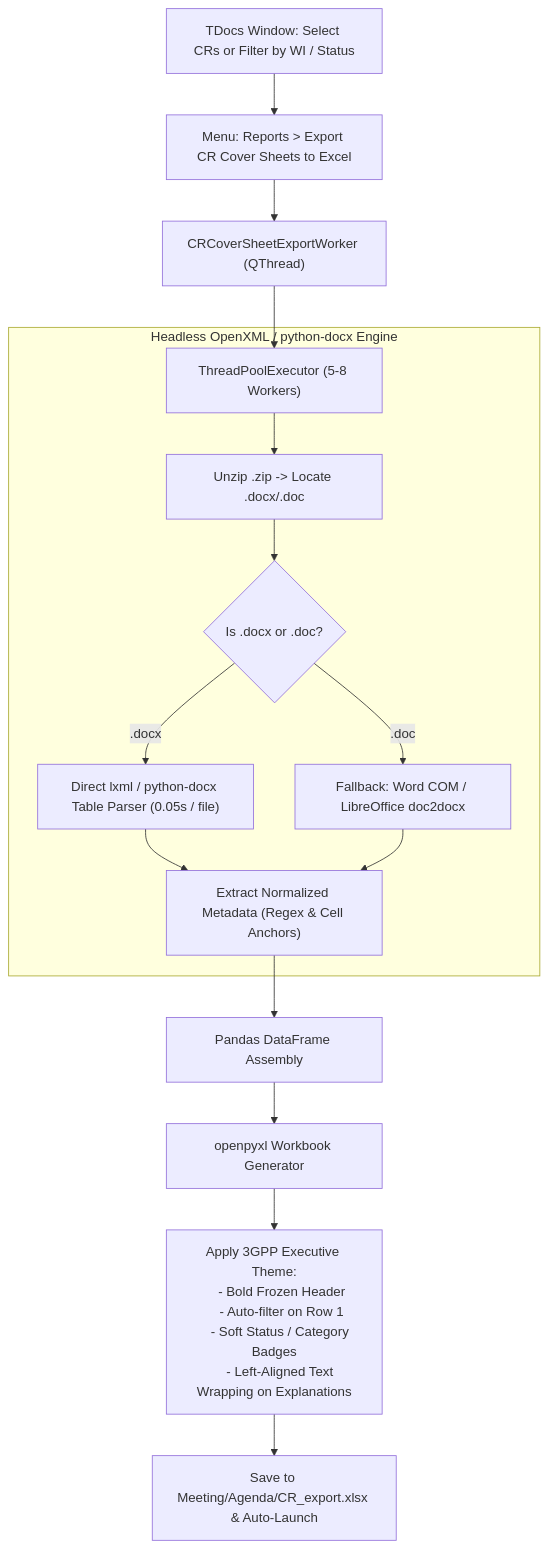
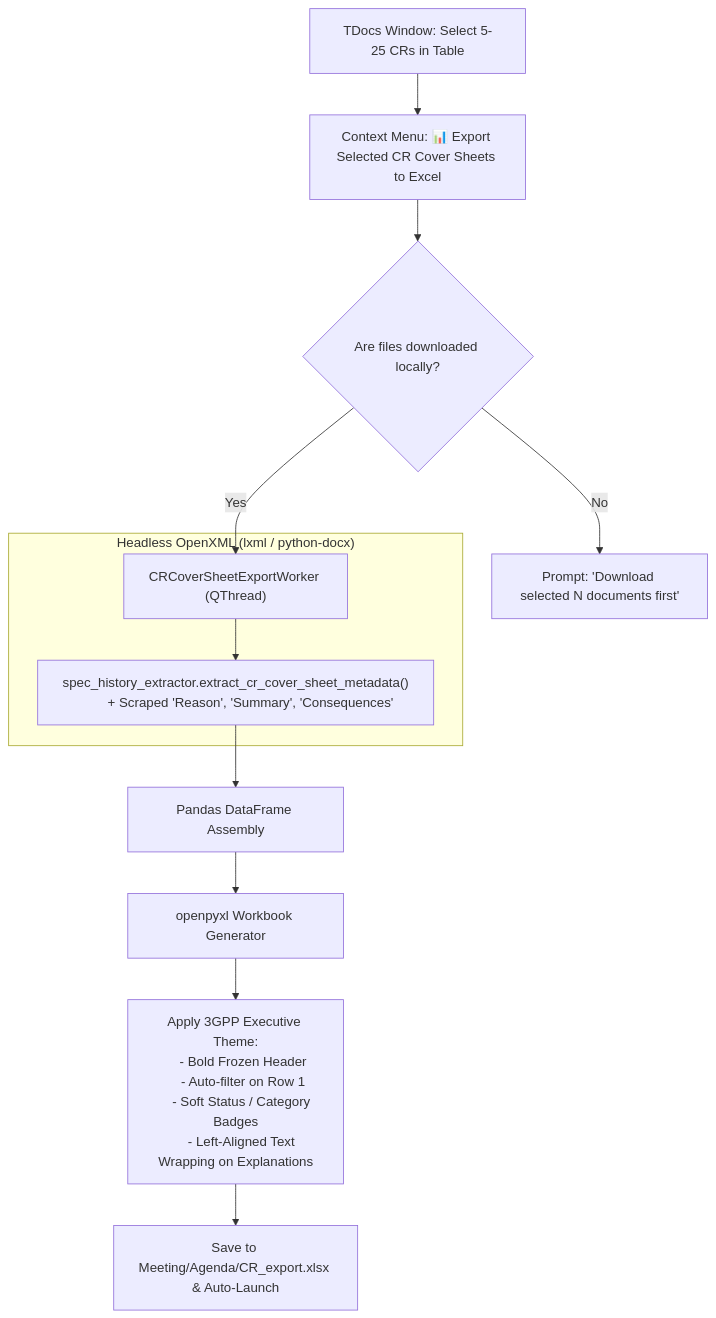
The diagram in 3GPP Tools/docs/legacy_features/F02_batch_cr_cover_sheet_parser.md (telekom/3gpp-meeting-tools), drawn with Mermaid before and after one commit. The commit also changed other lines of this file and 3 other files, not shown here.

First line of the commit message:
docs(legacy): evaluate and deprioritize F-02 batch CR cover sheet parser

````diff
--- a/3GPP Tools/docs/legacy_features/F02_batch_cr_cover_sheet_parser.md
+++ b/3GPP Tools/docs/legacy_features/F02_batch_cr_cover_sheet_parser.md
@@ -104,24 +216,21 @@
 ```mermaid
 flowchart TD
-    UI["TDocs Window: Select CRs or Filter by WI / Status"] --> Trigger["Menu: Reports > Export CR Cover Sheets to Excel"]
-    Trigger --> Worker["CRCoverSheetExportWorker (QThread)"]
-    Worker --> Pool["ThreadPoolExecutor (5-8 Workers)"]
+    UI["TDocs Window: Select 5-25 CRs in Table"] --> Trigger["Context Menu: 📊 Export Selected CR Cover Sheets to Excel"]
+    Trigger --> FilterLocal{"Are files downloaded locally?"}
+    FilterLocal -- "No" --> PromptDownload["Prompt: 'Download selected N documents first'"]
+    FilterLocal -- "Yes" --> Worker["CRCoverSheetExportWorker (QThread)"]
     
-    subgraph HeadlessParsing["Headless OpenXML / python-docx Engine"]
-        Pool --> Unzip["Unzip .zip -> Locate .docx/.doc"]
-        Unzip --> FastDocx{"Is .docx or .doc?"}
-        FastDocx -- ".docx" --> OpenXML["Direct lxml / python-docx Table Parser (0.05s / file)"]
-        FastDocx -- ".doc" --> COMBridge["Fallback: Word COM / LibreOffice doc2docx"]
-        OpenXML --> Extractor["Extract Normalized Metadata (Regex & Cell Anchors)"]
-        COMBridge --> Extractor
+    subgraph HeadlessParsing["Headless OpenXML (lxml / python-docx)"]
+        Worker --> OpenXML["spec_history_extractor.extract_cr_cover_sheet_metadata()
+        + Scraped 'Reason', 'Summary', 'Consequences'"]
     end
 
-    Extractor --> Aggregator["Pandas DataFrame Assembly"]
+    OpenXML --> Aggregator["Pandas DataFrame Assembly"]
     Aggregator --> OpenPyXL["openpyxl Workbook Generator"]
     OpenPyXL --> Styling["Apply 3GPP Executive Theme:
     - Bold Frozen Header
     - Auto-filter on Row 1
     - Soft Status / Category Badges
     - Left-Aligned Text Wrapping on Explanations"]
     Styling --> Output["Save to Meeting/Agenda/CR_export.xlsx & Auto-Launch"]
 ```
````
